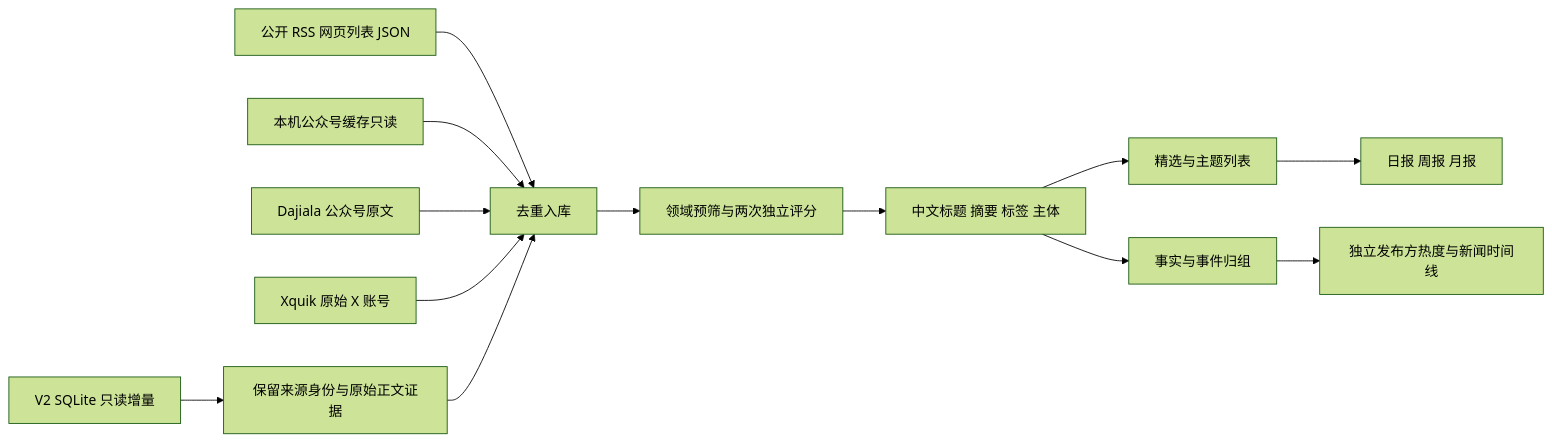
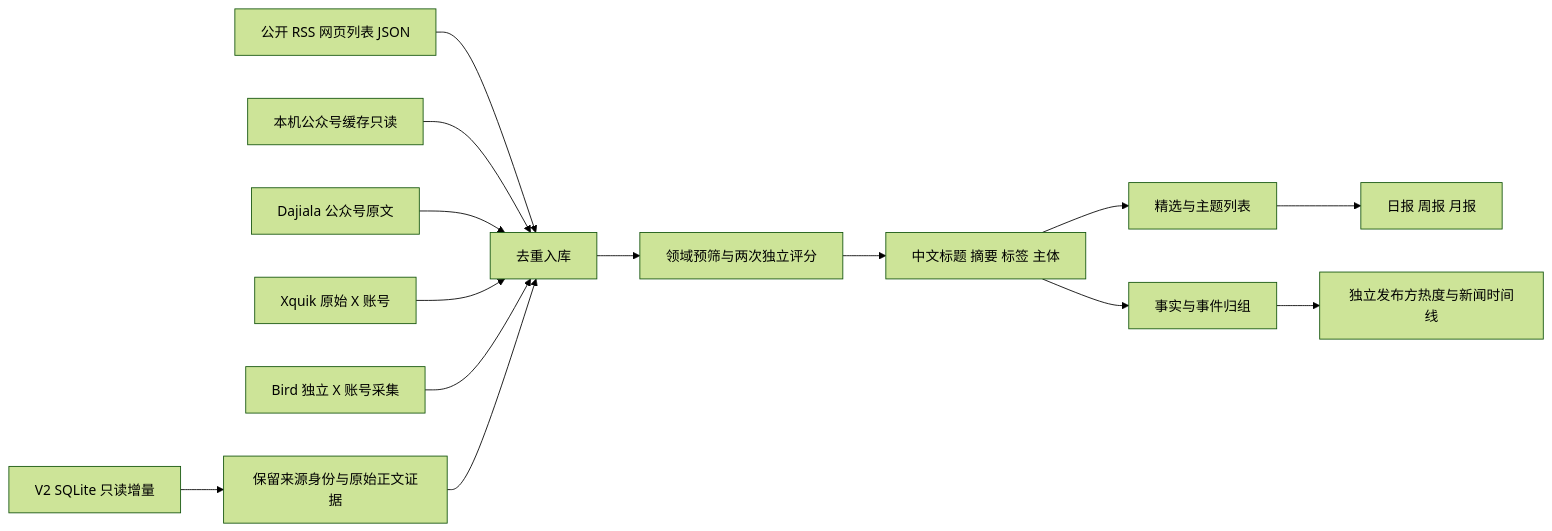
The diagram in README.md (CosmosHWPG/AIHOT), drawn with Mermaid (forest theme) before and after one commit. The commit also changed other lines of this file and 34 other files, not shown here.

````diff
--- a/README.md
+++ b/README.md
@@ -28,15 +28,16 @@
 ```mermaid
 flowchart LR
   V[V2 SQLite 只读增量] --> B[保留来源身份与原始正文证据]
   R[公开 RSS 网页列表 JSON] --> I[去重入库]
   W[本机公众号缓存只读] --> I
   M[Dajiala 公众号原文] --> I
   X[Xquik 原始 X 账号] --> I
+  XB[Bird 独立 X 账号采集] --> I
   B --> I
   I --> P[领域预筛与两次独立评分]
   P --> C[中文标题 摘要 标签 主体]
   C --> T[精选与主题列表]
   C --> E[事实与事件归组]
   E --> H[独立发布方热度与新闻时间线]
   T --> D[日报 周报 月报]
 ```
````
